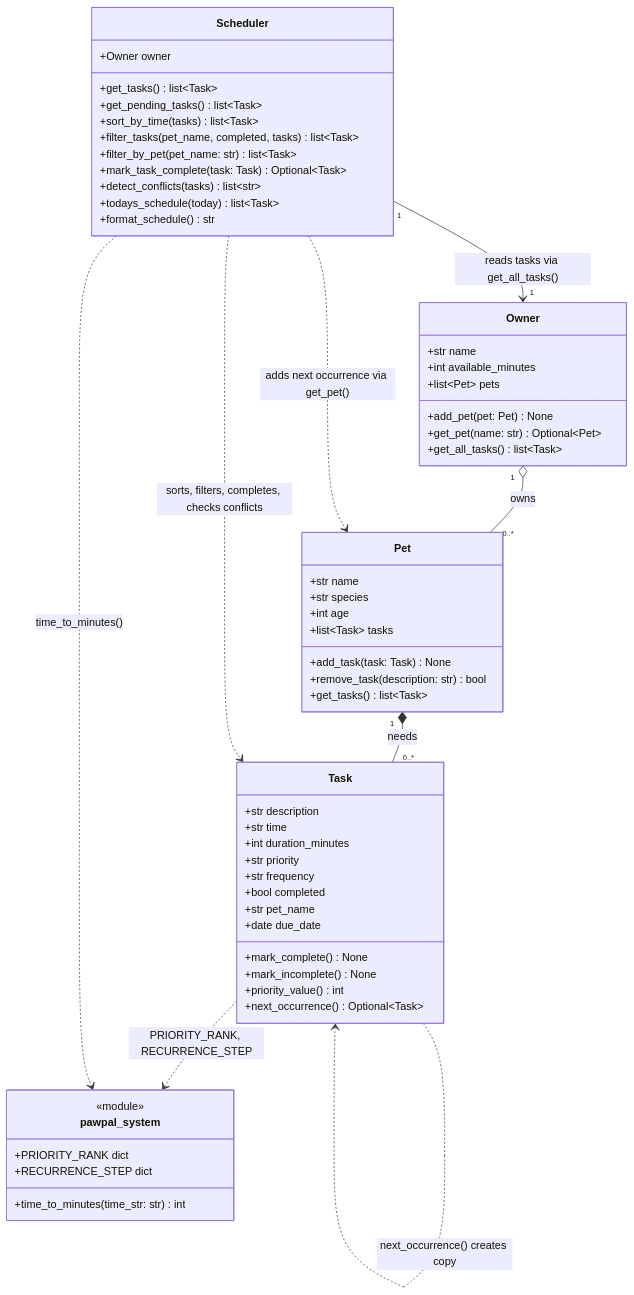
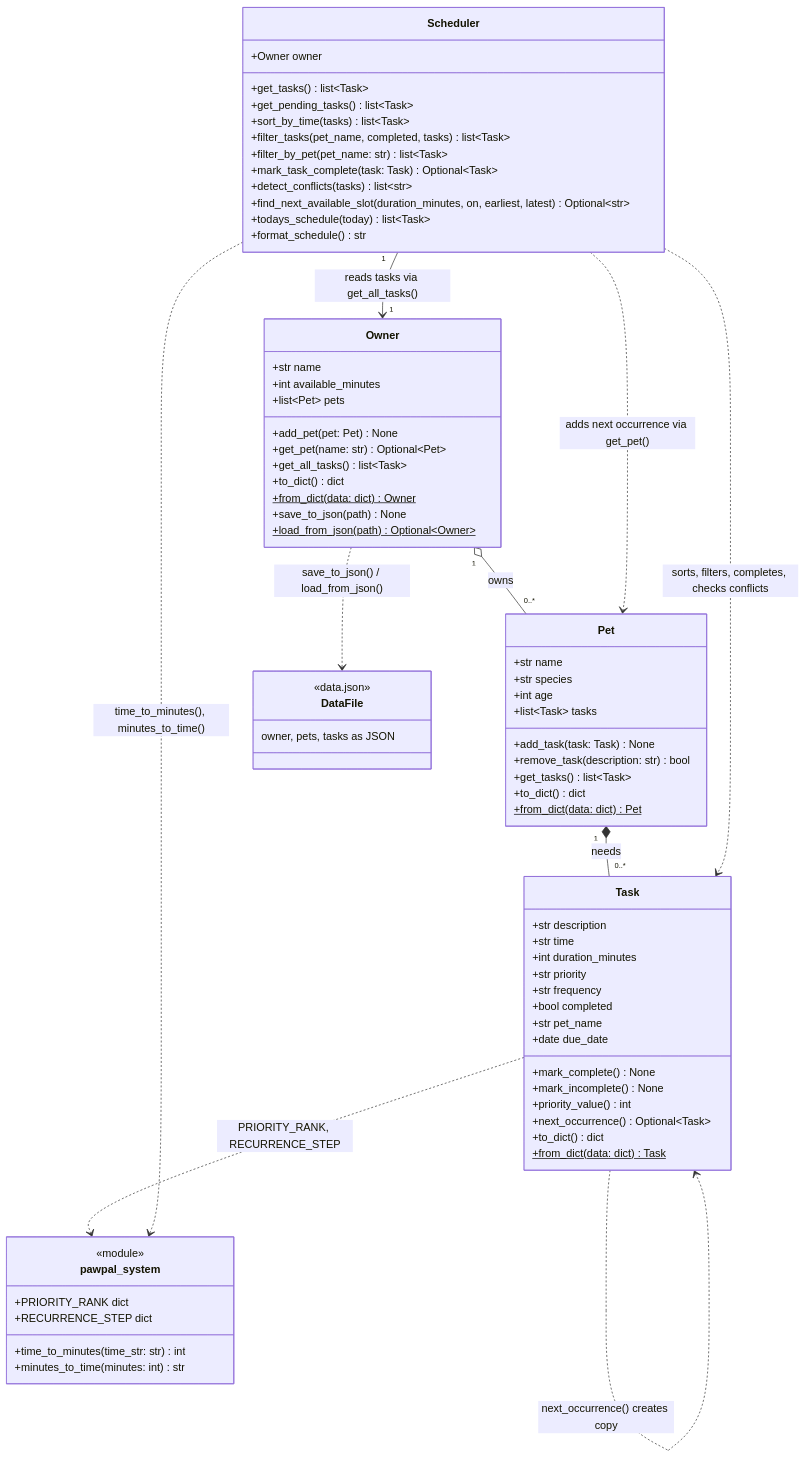
Before and after one commit to suchitrat24/ai110-module2show-pawpal-starter: the diagram in diagrams/uml_final.mmd, drawn with Mermaid. The commit also changed 8 other files, not shown here.

```diff
--- a/diagrams/uml_final.mmd
+++ b/diagrams/uml_final.mmd
@@ -1,65 +1,81 @@
 classDiagram
     %% PawPal+ final design, matching pawpal_system.py.
 
     class Task {
         +str description
         +str time
         +int duration_minutes
         +str priority
         +str frequency
         +bool completed
         +str pet_name
         +date due_date
         +mark_complete() None
         +mark_incomplete() None
         +priority_value() int
         +next_occurrence() Optional~Task~
+        +to_dict() dict
+        +from_dict(data: dict)$ Task
     }
 
     class Pet {
         +str name
         +str species
         +int age
         +list~Task~ tasks
         +add_task(task: Task) None
         +remove_task(description: str) bool
         +get_tasks() list~Task~
+        +to_dict() dict
+        +from_dict(data: dict)$ Pet
     }
 
     class Owner {
         +str name
         +int available_minutes
         +list~Pet~ pets
         +add_pet(pet: Pet) None
         +get_pet(name: str) Optional~Pet~
         +get_all_tasks() list~Task~
+        +to_dict() dict
+        +from_dict(data: dict)$ Owner
+        +save_to_json(path) None
+        +load_from_json(path)$ Optional~Owner~
     }
 
     class Scheduler {
         +Owner owner
         +get_tasks() list~Task~
         +get_pending_tasks() list~Task~
         +sort_by_time(tasks) list~Task~
         +filter_tasks(pet_name, completed, tasks) list~Task~
         +filter_by_pet(pet_name: str) list~Task~
         +mark_task_complete(task: Task) Optional~Task~
         +detect_conflicts(tasks) list~str~
+        +find_next_available_slot(duration_minutes, on, earliest, latest) Optional~str~
         +todays_schedule(today) list~Task~
         +format_schedule() str
     }
 
     class pawpal_system {
         <<module>>
         +PRIORITY_RANK dict
         +RECURRENCE_STEP dict
         +time_to_minutes(time_str: str) int
+        +minutes_to_time(minutes: int) str
     }
 
     Owner "1" o-- "0..*" Pet : owns
     Pet "1" *-- "0..*" Task : needs
     Scheduler "1" --> "1" Owner : reads tasks via get_all_tasks()
     Scheduler ..> Pet : adds next occurrence via get_pet()
     Scheduler ..> Task : sorts, filters, completes, checks conflicts
     Task ..> Task : next_occurrence() creates copy
     Task ..> pawpal_system : PRIORITY_RANK, RECURRENCE_STEP
-    Scheduler ..> pawpal_system : time_to_minutes()
+    Scheduler ..> pawpal_system : time_to_minutes(), minutes_to_time()
+    Owner ..> DataFile : save_to_json() / load_from_json()
+
+    class DataFile {
+        <<data.json>>
+        owner, pets, tasks as JSON
+    }
```
